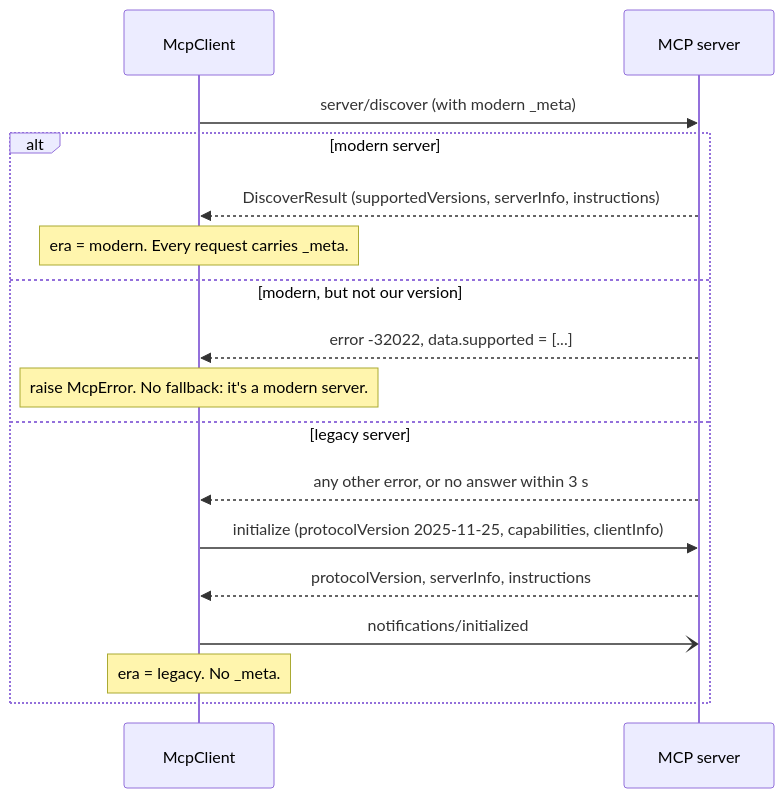
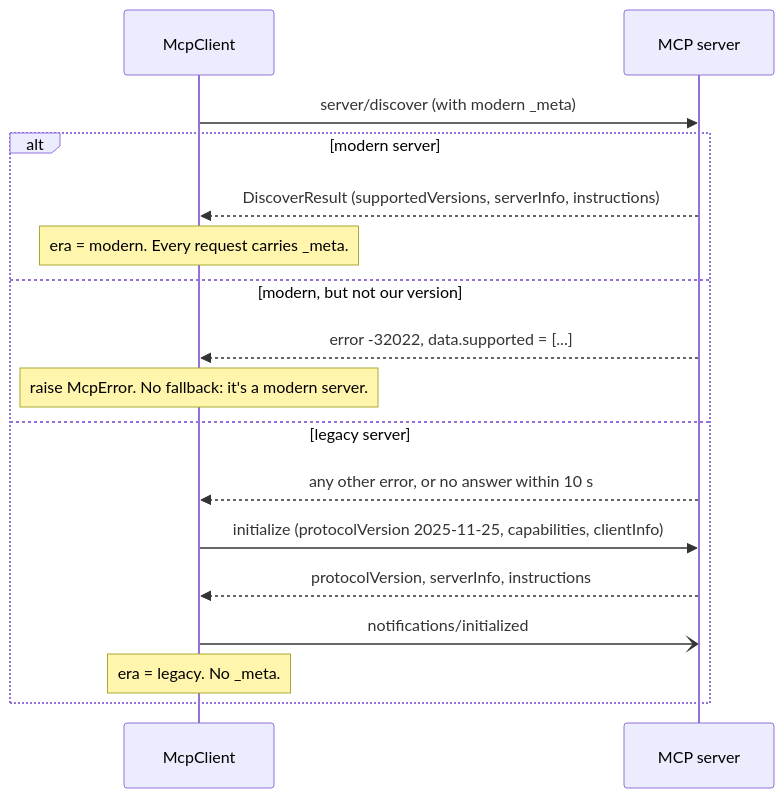
One commit to krishankant/harnessy changed diagram 14 of 15 in docs/architecture.md. Above: the diagram before and after it, drawn with Mermaid. The commit also changed 5 other files, not shown here.

Commit message:
Review fixes: MCP reader survives bad lines, writer thread (no stuck writes), 10 s probe, schema cleaning, name-clash check

````diff
--- a/docs/architecture.md
+++ b/docs/architecture.md
@@ -552,19 +552,19 @@
 ```mermaid
 sequenceDiagram
   participant C as McpClient
   participant S as MCP server
   C->>S: server/discover (with modern _meta)
   alt modern server
     S-->>C: DiscoverResult (supportedVersions, serverInfo, instructions)
     Note over C: era = modern. Every request carries _meta.
   else modern, but not our version
     S-->>C: error -32022, data.supported = [...]
     Note over C: raise McpError. No fallback: it's a modern server.
   else legacy server
-    S-->>C: any other error, or no answer within 3 s
+    S-->>C: any other error, or no answer within 10 s
     C->>S: initialize (protocolVersion 2025-11-25, capabilities, clientInfo)
     S-->>C: protocolVersion, serverInfo, instructions
     C-)S: notifications/initialized
     Note over C: era = legacy. No _meta.
   end
 ```
````
